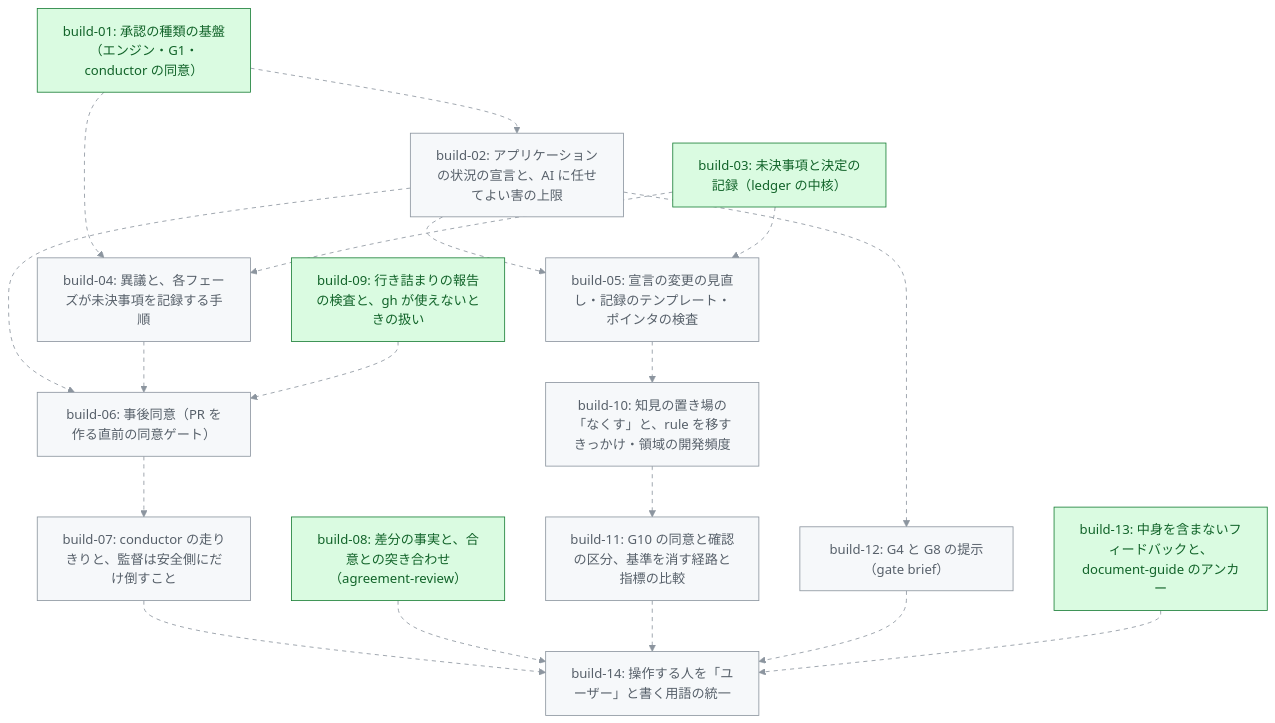
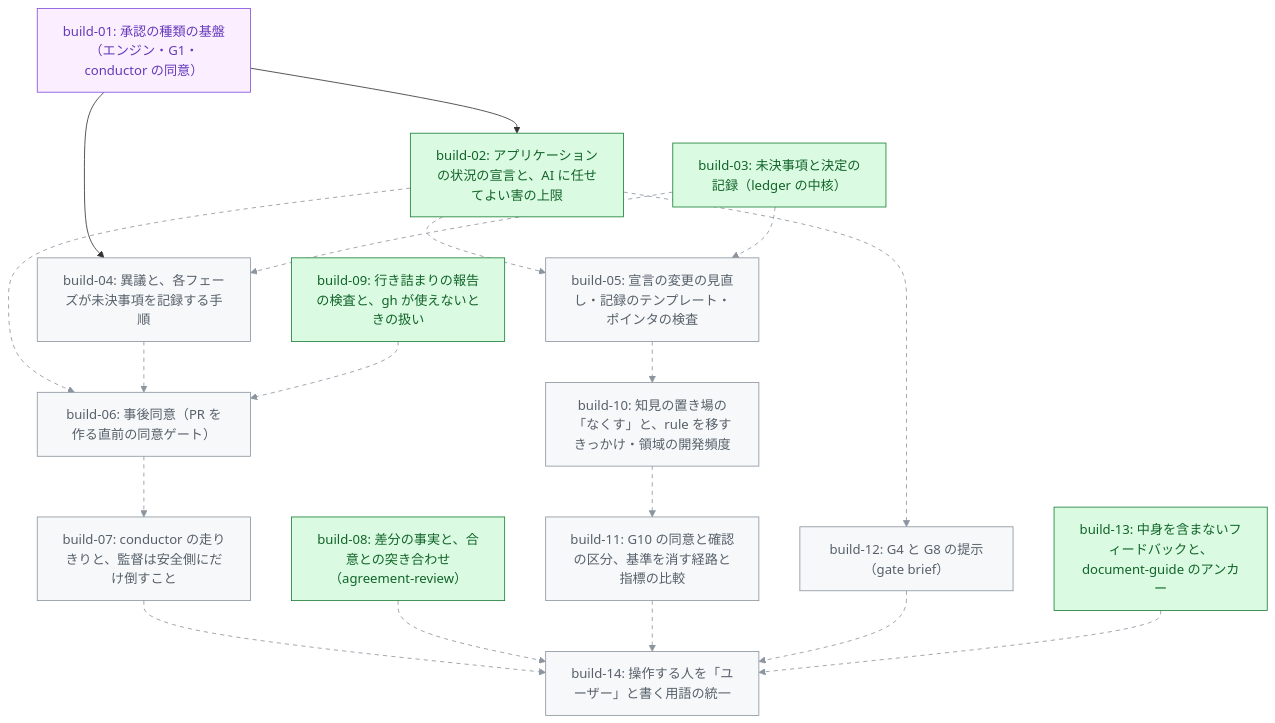
Before and after one commit to tak-solder/hikyaku: the diagram in .hikyaku/cycles/001-v3-core-concepts/tasklist.md, drawn with Mermaid. The commit also changed other lines of this file and 1 other file, not shown here.

````diff
--- a/.hikyaku/cycles/001-v3-core-concepts/tasklist.md
+++ b/.hikyaku/cycles/001-v3-core-concepts/tasklist.md
@@ -29,40 +29,41 @@
 ```mermaid
 graph TD
   b01["build-01: 承認の種類の基盤（エンジン・G1・conductor の同意）"]
   b02["build-02: アプリケーションの状況の宣言と、AI に任せてよい害の上限"]
   b03["build-03: 未決事項と決定の記録（ledger の中核）"]
   b04["build-04: 異議と、各フェーズが未決事項を記録する手順"]
   b05["build-05: 宣言の変更の見直し・記録のテンプレート・ポインタの検査"]
   b06["build-06: 事後同意（PR を作る直前の同意ゲート）"]
   b07["build-07: conductor の走りきりと、監督は安全側にだけ倒すこと"]
   b08["build-08: 差分の事実と、合意との突き合わせ（agreement-review）"]
   b09["build-09: 行き詰まりの報告の検査と、gh が使えないときの扱い"]
   b10["build-10: 知見の置き場の「なくす」と、rule を移すきっかけ・領域の開発頻度"]
   b11["build-11: G10 の同意と確認の区分、基準を消す経路と指標の比較"]
   b12["build-12: G4 と G8 の提示（gate brief）"]
   b13["build-13: 中身を含まないフィードバックと、document-guide のアンカー"]
   b14["build-14: 操作する人を「ユーザー」と書く用語の統一"]
-  b01 -.-> b02
-  b01 -.-> b04
+  b01 --> b02
+  b01 --> b04
   b03 -.-> b04
   b02 -.-> b05
   b03 -.-> b05
   b02 -.-> b06
   b04 -.-> b06
   b09 -.-> b06
   b06 -.-> b07
   b05 -.-> b10
   b10 -.-> b11
   b02 -.-> b12
   b07 -.-> b14
   b08 -.-> b14
   b11 -.-> b14
   b12 -.-> b14
   b13 -.-> b14
   classDef merged fill:#fbefff,stroke:#8250df,color:#6639ba
   classDef ready fill:#dafbe1,stroke:#1a7f37,color:#116329
   classDef blocked fill:#f6f8fa,stroke:#8c959f,color:#57606a
-  class b01,b03,b08,b09,b13 ready
-  class b02,b04,b05,b06,b07,b10,b11,b12,b14 blocked
-  linkStyle 0,1,2,3,4,5,6,7,8,9,10,11,12,13,14,15,16 stroke:#8c959f,stroke-dasharray:5 5
+  class b01 merged
+  class b02,b03,b08,b09,b13 ready
+  class b04,b05,b06,b07,b10,b11,b12,b14 blocked
+  linkStyle 2,3,4,5,6,7,8,9,10,11,12,13,14,15,16 stroke:#8c959f,stroke-dasharray:5 5
 ```
````
